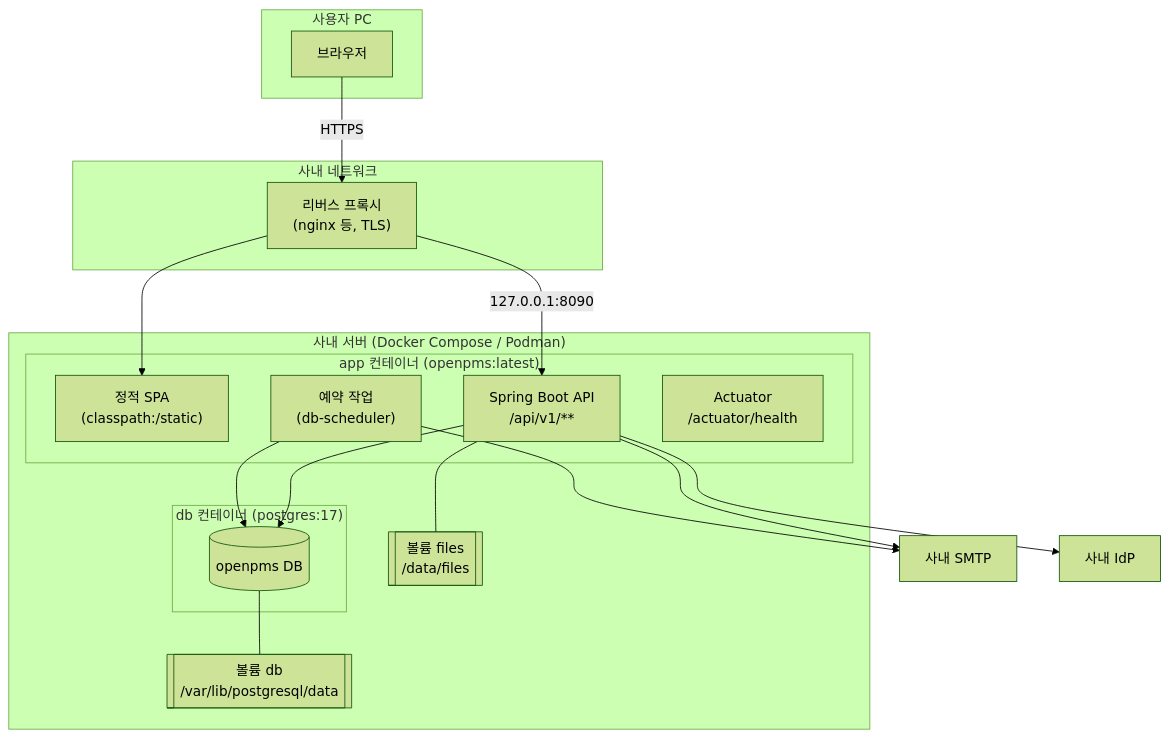
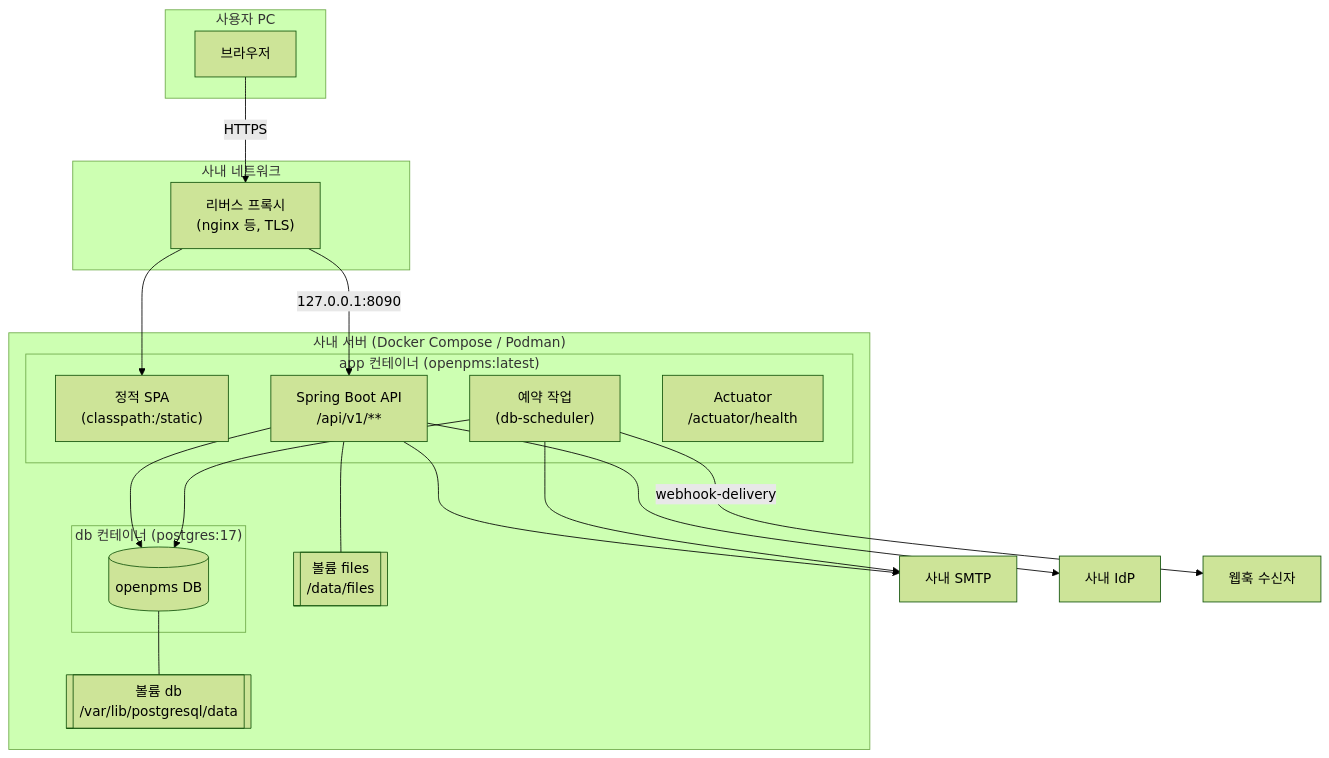
The second of 7 diagrams in docs/deliverables/03-아키텍처설계서.md (outlet13f/openPMS), drawn with Mermaid (forest theme) before and after one commit. The commit also changed other lines of this file and 16 other files, not shown here.

````diff
--- a/docs/deliverables/03-아키텍처설계서.md
+++ b/docs/deliverables/03-아키텍처설계서.md
@@ -128,35 +138,37 @@
 ```mermaid
 flowchart TB
     subgraph client["사용자 PC"]
         browser["브라우저"]
     end
     subgraph edge["사내 네트워크"]
         rp["리버스 프록시<br/>(nginx 등, TLS)"]
     end
     subgraph host["사내 서버 (Docker Compose / Podman)"]
         subgraph appc["app 컨테이너 (openpms:latest)"]
             spa["정적 SPA<br/>(classpath:/static)"]
             api["Spring Boot API<br/>/api/v1/**"]
             jobs["예약 작업<br/>(db-scheduler)"]
             act["Actuator<br/>/actuator/health"]
         end
         subgraph dbc["db 컨테이너 (postgres:17)"]
             pg[("openpms DB")]
         end
         vfiles[["볼륨 files<br/>/data/files"]]
         vdb[["볼륨 db<br/>/var/lib/postgresql/data"]]
     end
     smtp["사내 SMTP"]
     idp["사내 IdP"]
+    hook["웹훅 수신자"]
 
     browser -- HTTPS --> rp
     rp -- "127.0.0.1:8090" --> api
     rp --> spa
     api --> pg
     jobs --> pg
     api --- vfiles
     pg --- vdb
     api --> smtp
     jobs --> smtp
     api --> idp
+    jobs -- "webhook-delivery" --> hook
 ```
````
